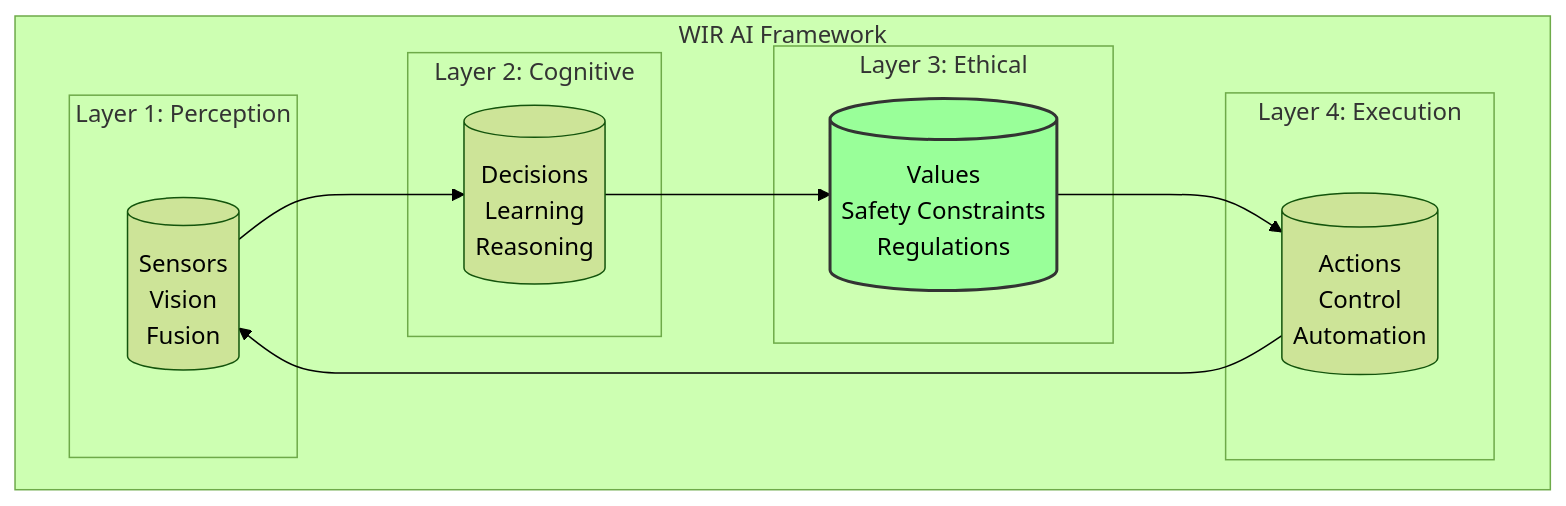
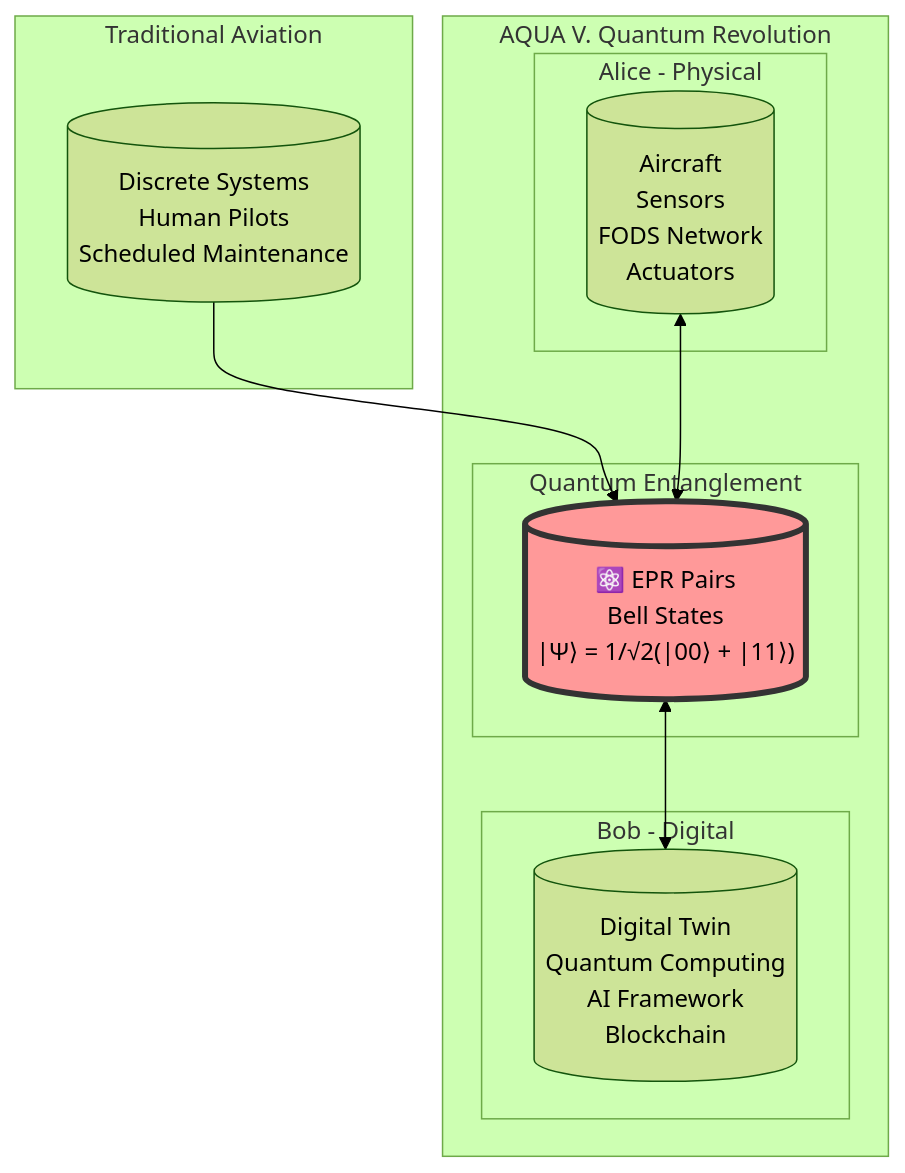
The first of 6 diagrams in README.md (Robbbo-T/Robbbo-T), drawn with Mermaid (forest theme) before and after one commit. The commit also changed other lines of this file, not shown here.

````diff
--- a/README.md
+++ b/README.md
@@ -309,27 +67,26 @@
 ```mermaid
 graph TB
-    subgraph "WIR AI Framework"
-        subgraph "Layer 4: Execution"
-            EXEC[("Actions<br/>Control<br/>Automation")]
+    subgraph "Traditional Aviation"
+        TRAD[("Discrete Systems<br/>Human Pilots<br/>Scheduled Maintenance")]
+    end
+    
+    subgraph "AQUA V. Quantum Revolution"
+        subgraph "Alice - Physical"
+            ALICE[("Aircraft<br/>Sensors<br/>FODS Network<br/>Actuators")]
         end
         
-        subgraph "Layer 3: Ethical"
-            ETHICS[("Values<br/>Safety Constraints<br/>Regulations")]
+        subgraph "Quantum Entanglement"
+            QE[("⚛️ EPR Pairs<br/>Bell States<br/>|Ψ⟩ = 1/√2(|00⟩ + |11⟩)")]
         end
         
-        subgraph "Layer 2: Cognitive"
-            COGN[("Decisions<br/>Learning<br/>Reasoning")]
-        end
-        
-        subgraph "Layer 1: Perception"
-            PERCEPT[("Sensors<br/>Vision<br/>Fusion")]
+        subgraph "Bob - Digital"
+            BOB[("Digital Twin<br/>Quantum Computing<br/>AI Framework<br/>Blockchain")]
         end
     end
     
-    PERCEPT --> COGN
-    COGN --> ETHICS
-    ETHICS --> EXEC
-    EXEC --> PERCEPT
+    TRAD --> QE
+    ALICE <--> QE
+    QE <--> BOB
     
-    style ETHICS fill:#99ff99,stroke:#333,stroke-width:2px
+    style QE fill:#ff9999,stroke:#333,stroke-width:4px
 ```
````
